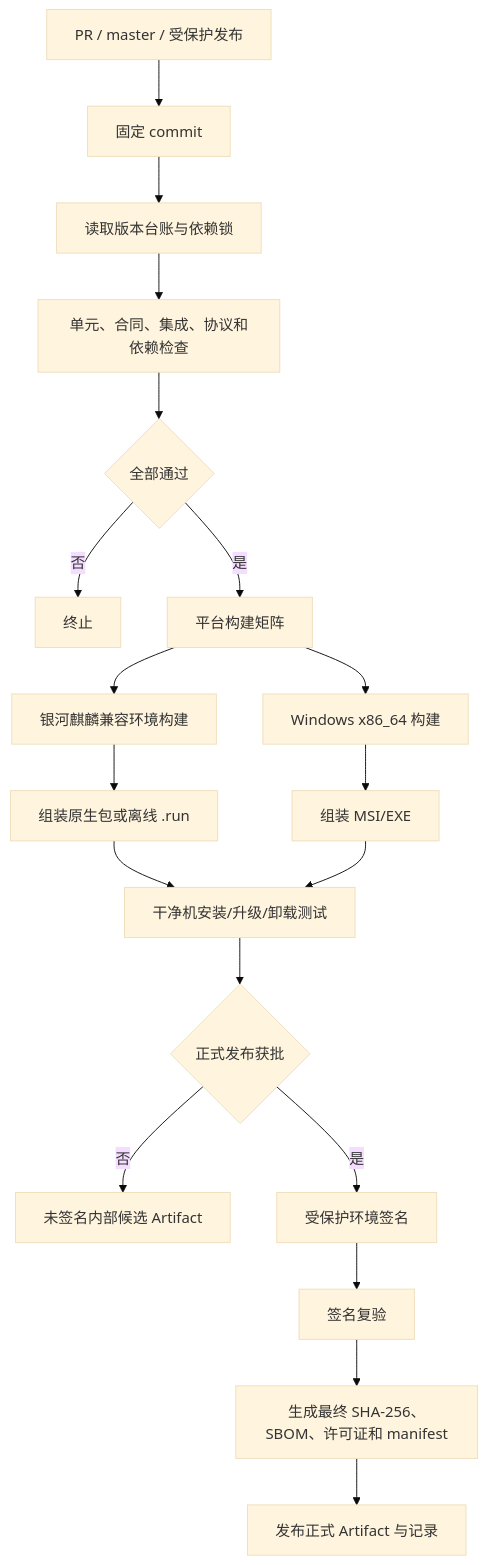
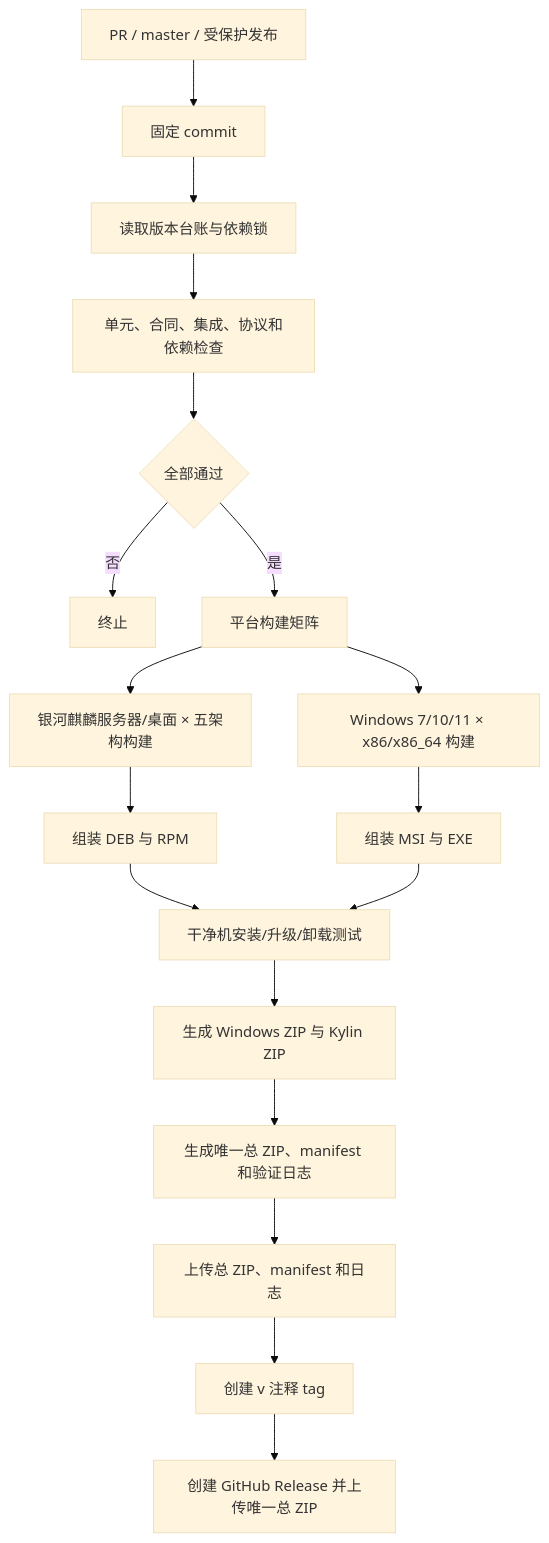
One commit to Entertech/NeuroBridge changed diagram 11 of 11 in doc/tech/NeuroBridge项目结构与多系统接入/NeuroBridge项目结构与多系统接入_技术方案.md. Above: the diagram before and after it, drawn with Mermaid (base theme). The commit also changed other lines of this file and 5 other files, not shown here.

Commit message:
[codex] docs: finalize release matrix and manifest contract

````diff
--- a/doc/tech/NeuroBridge项目结构与多系统接入/NeuroBridge项目结构与多系统接入_技术方案.md
+++ b/doc/tech/NeuroBridge项目结构与多系统接入/NeuroBridge项目结构与多系统接入_技术方案.md
@@ -921,21 +921,20 @@
 ```mermaid
 flowchart TD
     A[PR / master / 受保护发布] --> B[固定 commit]
     B --> C[读取版本台账与依赖锁]
     C --> D[单元、合同、集成、协议和依赖检查]
     D --> E{全部通过}
     E -->|否| X[终止]
     E -->|是| M[平台构建矩阵]
-    M --> K[银河麒麟兼容环境构建]
-    M --> W[Windows x86_64 构建]
-    K --> PKG1[组装原生包或离线 .run]
-    W --> PKG2[组装 MSI/EXE]
+    M --> K[银河麒麟服务器/桌面 × 五架构构建]
+    M --> W[Windows 7/10/11 × x86/x86_64 构建]
+    K --> PKG1[组装 DEB 与 RPM]
+    W --> PKG2[组装 MSI 与 EXE]
     PKG1 --> T[干净机安装/升级/卸载测试]
     PKG2 --> T
-    T --> R{正式发布获批}
-    R -->|否| CAND[未签名内部候选 Artifact]
-    R -->|是| SIGN[受保护环境签名]
-    SIGN --> VERIFY[签名复验]
-    VERIFY --> META[生成最终 SHA-256、SBOM、许可证和 manifest]
-    META --> RELEASE[发布正式 Artifact 与记录]
+    T --> ZIP1[生成 Windows ZIP 与 Kylin ZIP]
+    ZIP1 --> ZIP2[生成唯一总 ZIP、manifest 和验证日志]
+    ZIP2 --> UPLOAD[上传总 ZIP、manifest 和日志]
+    UPLOAD --> TAG[创建 v<applicationVersion> 注释 tag]
+    TAG --> RELEASE[创建 GitHub Release 并上传唯一总 ZIP]
 ```
````
